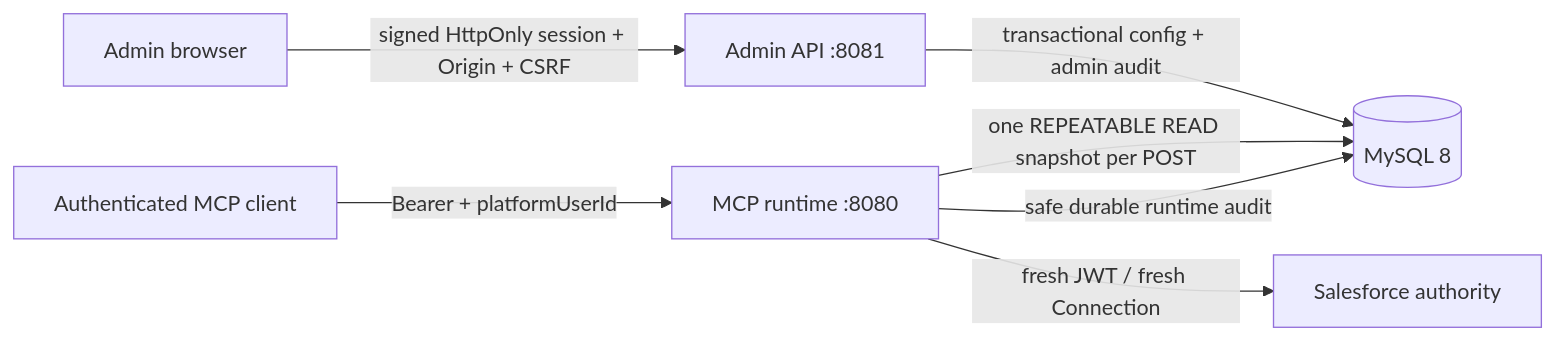
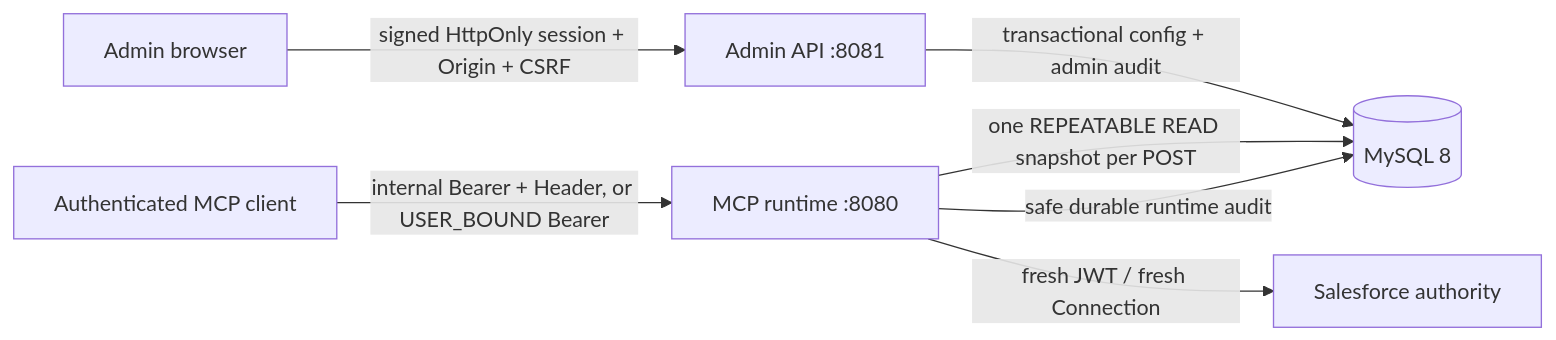
The fifth of 6 diagrams in docs/sfoa/ARCHITECTURE.md (ElioLin/sfoa-enterprise-mcp), drawn with Mermaid before and after one commit. The commit also changed other lines of this file and 48 other files, not shown here.

Commit message:
p6 id user bound

````diff
--- a/docs/sfoa/ARCHITECTURE.md
+++ b/docs/sfoa/ARCHITECTURE.md
@@ -541,9 +541,9 @@
 ```mermaid
 flowchart LR
   Browser[Admin browser] -->|signed HttpOnly session + Origin + CSRF| Admin[Admin API :8081]
   Admin -->|transactional config + admin audit| MySQL[(MySQL 8)]
-  Client[Authenticated MCP client] -->|Bearer + platformUserId| MCP[MCP runtime :8080]
+  Client[Authenticated MCP client] -->|internal Bearer + Header, or USER_BOUND Bearer| MCP[MCP runtime :8080]
   MCP -->|one REPEATABLE READ snapshot per POST| MySQL
   MCP -->|fresh JWT / fresh Connection| SF[Salesforce authority]
   MCP -->|safe durable runtime audit| MySQL
 ```
````
